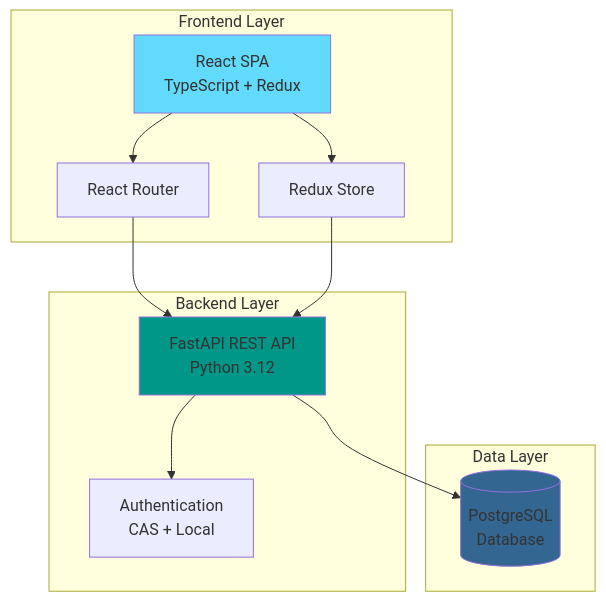
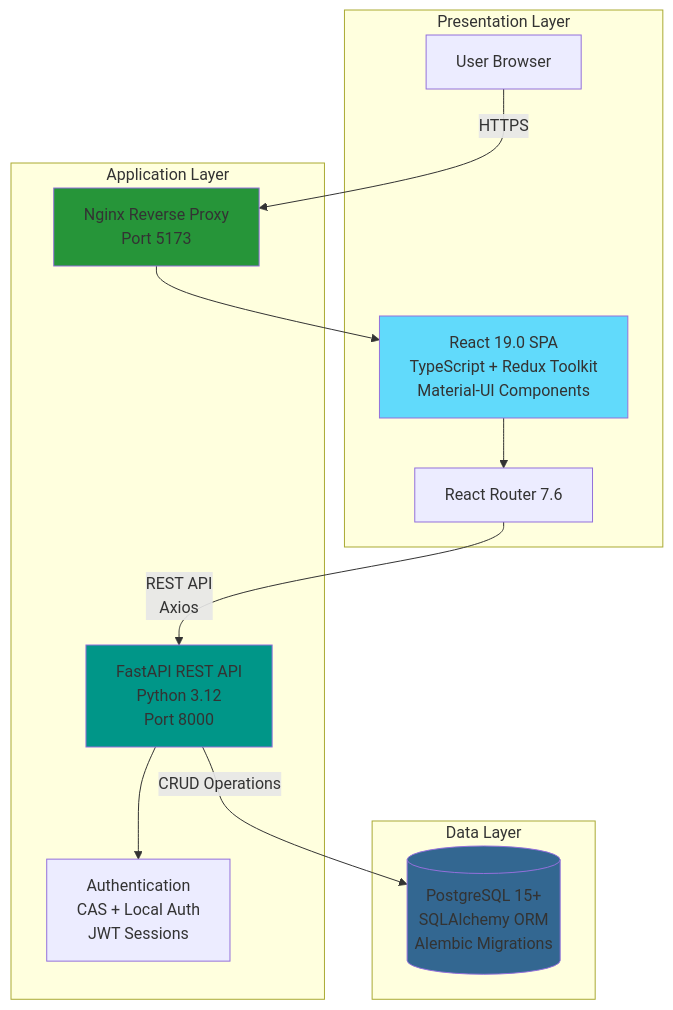
Before and after one commit to dartmouth/genji-lab: the diagram in README.md, drawn with Mermaid. The commit also changed other lines of this file, not shown here.

Commit message:
Fixed Mermaid diagram layout

````diff
--- a/README.md
+++ b/README.md
@@ -51,28 +51,30 @@
 ```mermaid
 graph TB
-    subgraph "Frontend Layer"
-        UI[React SPA<br/>TypeScript + Redux]
-        Router[React Router]
-        Store[Redux Store]
+    subgraph "Presentation Layer"
+        User[User Browser]
+        UI[React 19.0 SPA<br/>TypeScript + Redux Toolkit<br/>Material-UI Components]
+        Router[React Router 7.6]
     end
     
-    subgraph "Backend Layer"
-        API[FastAPI REST API<br/>Python 3.12]
-        Auth[Authentication<br/>CAS + Local]
+    subgraph "Application Layer"
+        Nginx[Nginx Reverse Proxy<br/>Port 5173]
+        API[FastAPI REST API<br/>Python 3.12<br/>Port 8000]
+        Auth[Authentication<br/>CAS + Local Auth<br/>JWT Sessions]
     end
     
     subgraph "Data Layer"
-        DB[(PostgreSQL<br/>Database)]
+        DB[(PostgreSQL 15+<br/>SQLAlchemy ORM<br/>Alembic Migrations)]
     end
     
+    User -->|HTTPS| Nginx
+    Nginx --> UI
     UI --> Router
-    UI --> Store
-    Router --> API
-    Store --> API
+    Router -->|REST API<br/>Axios| API
     API --> Auth
-    API --> DB
+    API -->|CRUD Operations| DB
     
     style UI fill:#61dafb
     style API fill:#009688
     style DB fill:#336791
+    style Nginx fill:#269539
 ```
````
